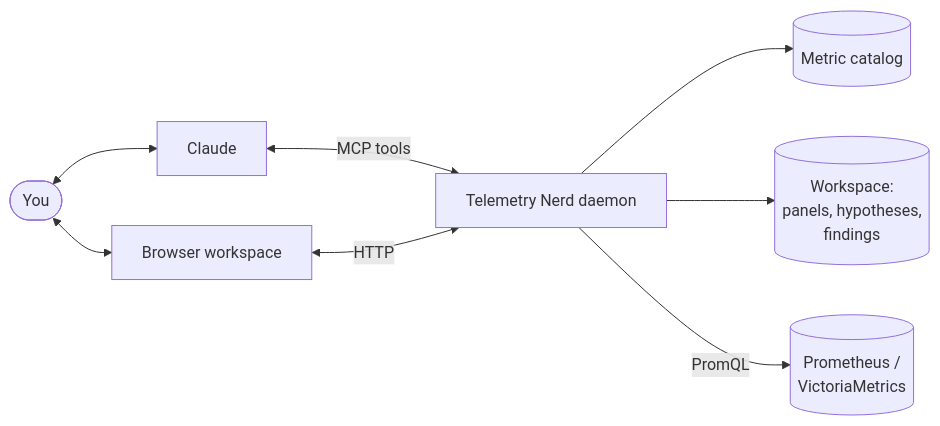
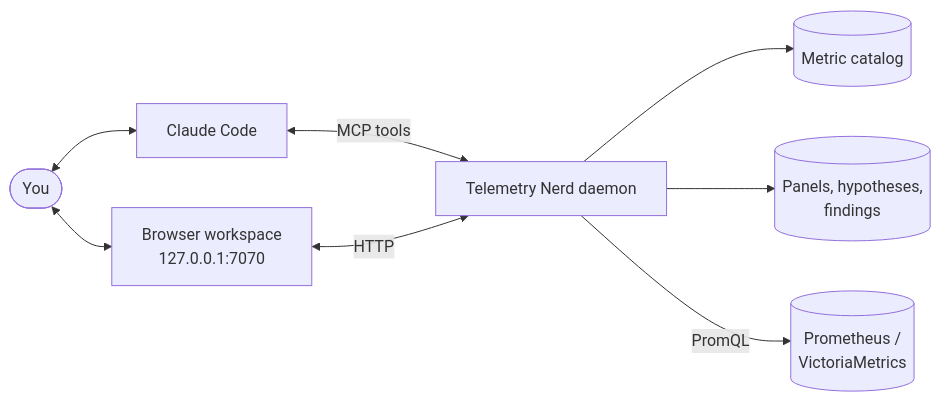
The diagram in docs/into-presentation/slides.md (Fewbytes/telemetry-nerd), drawn with Mermaid before and after one commit. The commit also changed other lines of this file and 2 other files, not shown here.

````diff
--- a/docs/into-presentation/slides.md
+++ b/docs/into-presentation/slides.md
@@ -216,10 +222,10 @@
 ```mermaid
 flowchart LR
-  you([You]) <--> ui[Browser workspace]
-  you <--> claude[Claude]
+  you([You]) <--> ui[Browser workspace<br/>127.0.0.1:7070]
+  you <--> claude[Claude Code]
   claude <-->|MCP tools| tn[Telemetry Nerd daemon]
   ui <-->|HTTP| tn
   tn --> cat[(Metric catalog)]
-  tn --> ws[(Workspace:<br/>panels, hypotheses,<br/>findings)]
+  tn --> ws[(Panels, hypotheses,<br/>findings)]
   tn -->|PromQL| src[(Prometheus /<br/>VictoriaMetrics)]
 ```
````
